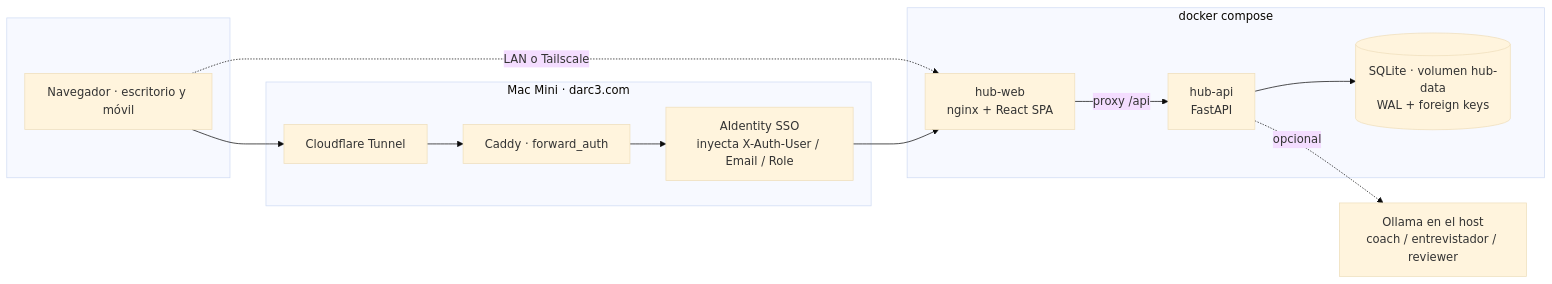
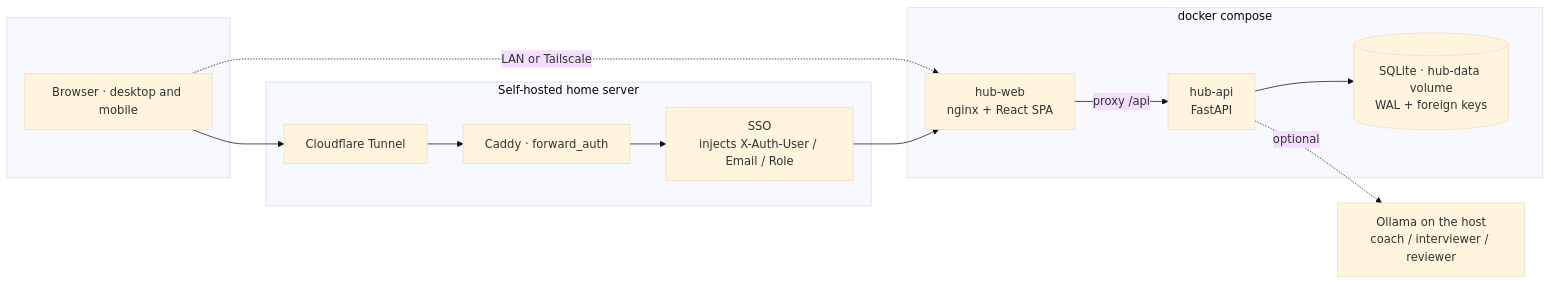
Before and after one commit to diegoperezg7/ai-learn: the first of 5 diagrams in README.md, drawn with Mermaid (base theme). The commit also changed other lines of this file and 1 other file, not shown here.

Commit message:
docs: publish the README in English without private host details

````diff
--- a/README.md
+++ b/README.md
@@ -77,26 +92,26 @@
 ```mermaid
 flowchart LR
-    subgraph cliente[" "]
-        NAV["Navegador · escritorio y móvil"]
+    subgraph client[" "]
+        NAV["Browser · desktop and mobile"]
     end
 
-    subgraph portal["Mac Mini · darc3.com"]
+    subgraph portal["Self-hosted home server"]
         CF["Cloudflare Tunnel"] --> CADDY["Caddy · forward_auth"]
-        CADDY --> SSO["AIdentity SSO<br/>inyecta X-Auth-User / Email / Role"]
+        CADDY --> SSO["SSO<br/>injects X-Auth-User / Email / Role"]
     end
 
     subgraph stack["docker compose"]
         WEB["hub-web<br/>nginx + React SPA"]
         API["hub-api<br/>FastAPI"]
-        DB[("SQLite · volumen hub-data<br/>WAL + foreign keys")]
+        DB[("SQLite · hub-data volume<br/>WAL + foreign keys")]
     end
 
-    OLLAMA["Ollama en el host<br/>coach / entrevistador / reviewer"]
+    OLLAMA["Ollama on the host<br/>coach / interviewer / reviewer"]
 
     NAV --> CF
-    NAV -.->|LAN o Tailscale| WEB
+    NAV -.->|LAN or Tailscale| WEB
     SSO --> WEB
     WEB -->|proxy /api| API
     API --> DB
-    API -.->|opcional| OLLAMA
+    API -.->|optional| OLLAMA
 ```
````
